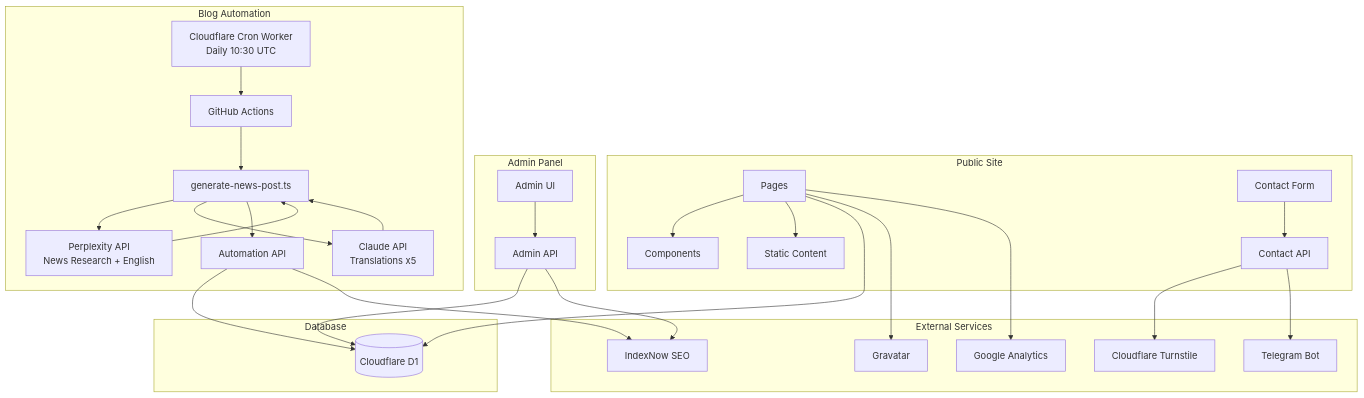
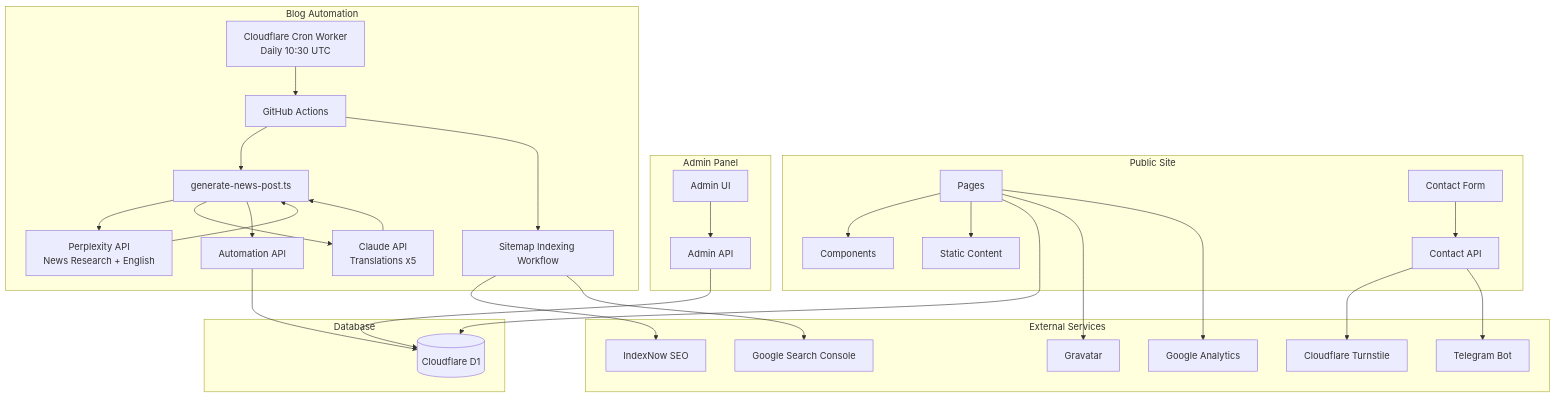
One commit to ITGuys-RO/itguys.ro changed the diagram in README.md. Above: the diagram before and after it, drawn with Mermaid. The commit also changed 6 other files, not shown here.

````diff
--- a/README.md
+++ b/README.md
@@ -7,57 +7,60 @@
 ```mermaid
 graph TB
     subgraph "Public Site"
         Pages[Pages]
         Components[Components]
         Content[Static Content]
         ContactForm[Contact Form]
         ContactAPI[Contact API]
     end
 
     subgraph "Admin Panel"
         AdminUI[Admin UI]
         AdminAPI[Admin API]
     end
 
     subgraph "Blog Automation"
         CronWorker[Cloudflare Cron Worker<br/>Daily 10:30 UTC]
         GHA[GitHub Actions]
         Generator[generate-news-post.ts]
         Perplexity[Perplexity API<br/>News Research + English]
         Claude[Claude API<br/>Translations x5]
         AutomationAPI[Automation API]
+        SitemapIndexing[Sitemap Indexing Workflow]
     end
 
     subgraph "Database"
         D1[(Cloudflare D1)]
     end
 
     subgraph "External Services"
         Turnstile[Cloudflare Turnstile]
         Telegram[Telegram Bot]
         IndexNow[IndexNow SEO]
+        GSC[Google Search Console]
         Gravatar[Gravatar]
         GA4[Google Analytics]
     end
 
     Pages --> Components
     Pages --> Content
     Pages --> D1
     Pages --> Gravatar
     Pages --> GA4
     ContactForm --> ContactAPI
     ContactAPI --> Turnstile
     ContactAPI --> Telegram
     AdminUI --> AdminAPI
     AdminAPI --> D1
-    AdminAPI --> IndexNow
     CronWorker --> GHA
     GHA --> Generator
     Generator --> Perplexity
     Perplexity --> Generator
     Generator --> Claude
     Claude --> Generator
     Generator --> AutomationAPI
     AutomationAPI --> D1
-    AutomationAPI --> IndexNow
+    GHA --> SitemapIndexing
+    SitemapIndexing --> IndexNow
+    SitemapIndexing --> GSC
 ```
````
